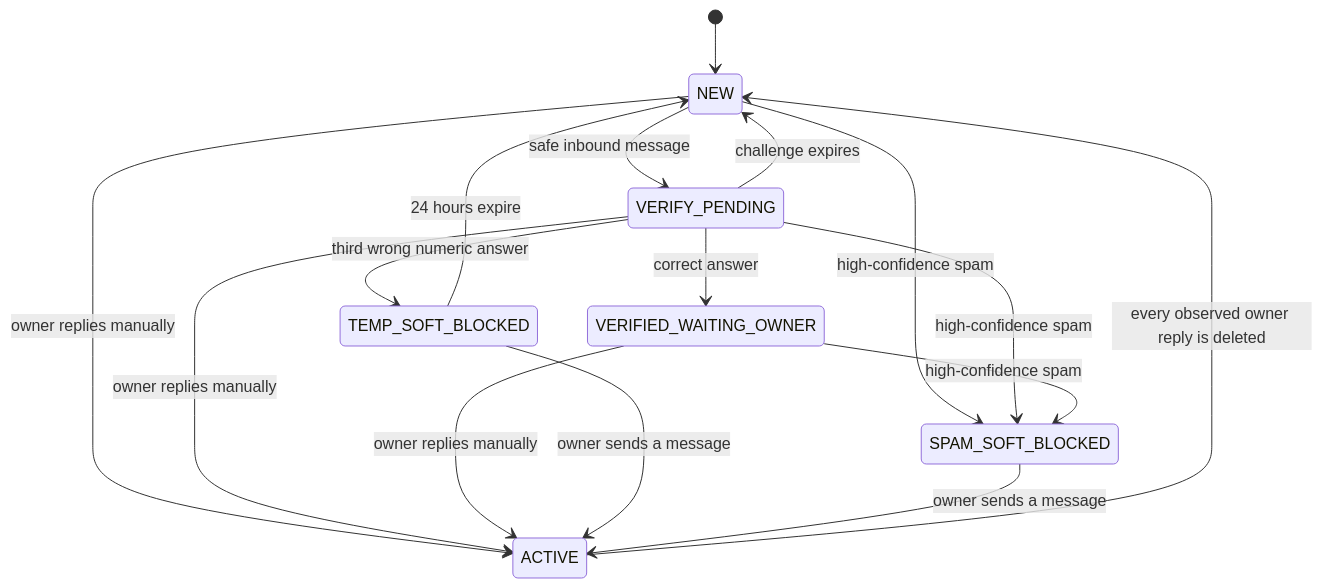
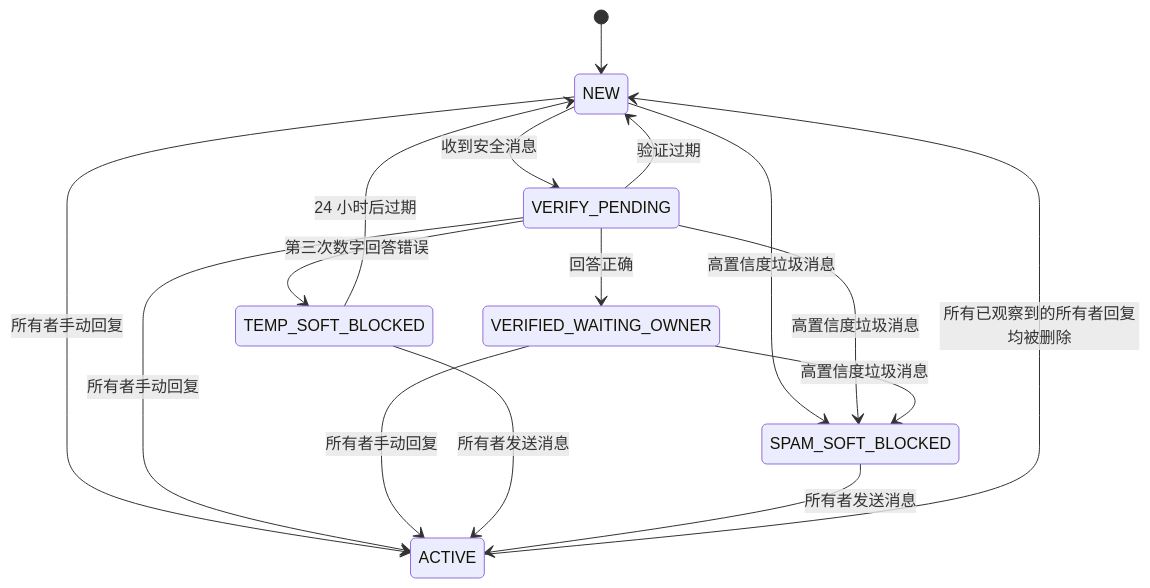
Before and after one commit to lingxing1017/chat-hygiene: the diagram in README.md, drawn with Mermaid. The commit also changed other lines of this file and 1 other file, not shown here.

````diff
--- a/README.md
+++ b/README.md
@@ -23,18 +13,18 @@
 ```mermaid
 stateDiagram-v2
     [*] --> NEW
-    NEW --> VERIFY_PENDING: safe inbound message
-    VERIFY_PENDING --> VERIFIED_WAITING_OWNER: correct answer
-    VERIFY_PENDING --> NEW: challenge expires
-    VERIFY_PENDING --> TEMP_SOFT_BLOCKED: third wrong numeric answer
-    TEMP_SOFT_BLOCKED --> NEW: 24 hours expire
-    NEW --> SPAM_SOFT_BLOCKED: high-confidence spam
-    VERIFY_PENDING --> SPAM_SOFT_BLOCKED: high-confidence spam
-    VERIFIED_WAITING_OWNER --> SPAM_SOFT_BLOCKED: high-confidence spam
-    NEW --> ACTIVE: owner replies manually
-    VERIFY_PENDING --> ACTIVE: owner replies manually
-    VERIFIED_WAITING_OWNER --> ACTIVE: owner replies manually
-    TEMP_SOFT_BLOCKED --> ACTIVE: owner sends a message
-    SPAM_SOFT_BLOCKED --> ACTIVE: owner sends a message
-    ACTIVE --> NEW: every observed owner reply is deleted
+    NEW --> VERIFY_PENDING: 收到安全消息
+    VERIFY_PENDING --> VERIFIED_WAITING_OWNER: 回答正确
+    VERIFY_PENDING --> NEW: 验证过期
+    VERIFY_PENDING --> TEMP_SOFT_BLOCKED: 第三次数字回答错误
+    TEMP_SOFT_BLOCKED --> NEW: 24 小时后过期
+    NEW --> SPAM_SOFT_BLOCKED: 高置信度垃圾消息
+    VERIFY_PENDING --> SPAM_SOFT_BLOCKED: 高置信度垃圾消息
+    VERIFIED_WAITING_OWNER --> SPAM_SOFT_BLOCKED: 高置信度垃圾消息
+    NEW --> ACTIVE: 所有者手动回复
+    VERIFY_PENDING --> ACTIVE: 所有者手动回复
+    VERIFIED_WAITING_OWNER --> ACTIVE: 所有者手动回复
+    TEMP_SOFT_BLOCKED --> ACTIVE: 所有者发送消息
+    SPAM_SOFT_BLOCKED --> ACTIVE: 所有者发送消息
+    ACTIVE --> NEW: 所有已观察到的所有者回复均被删除
 ```
````
